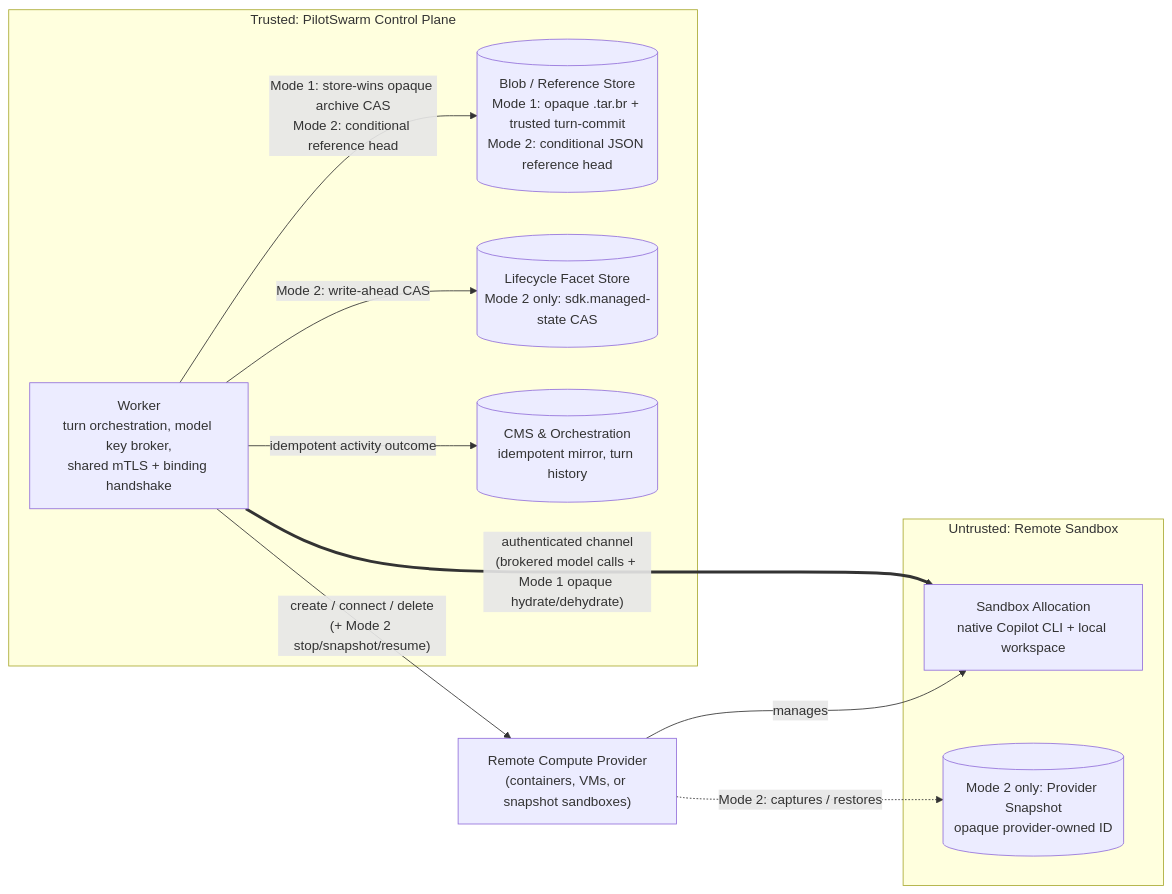
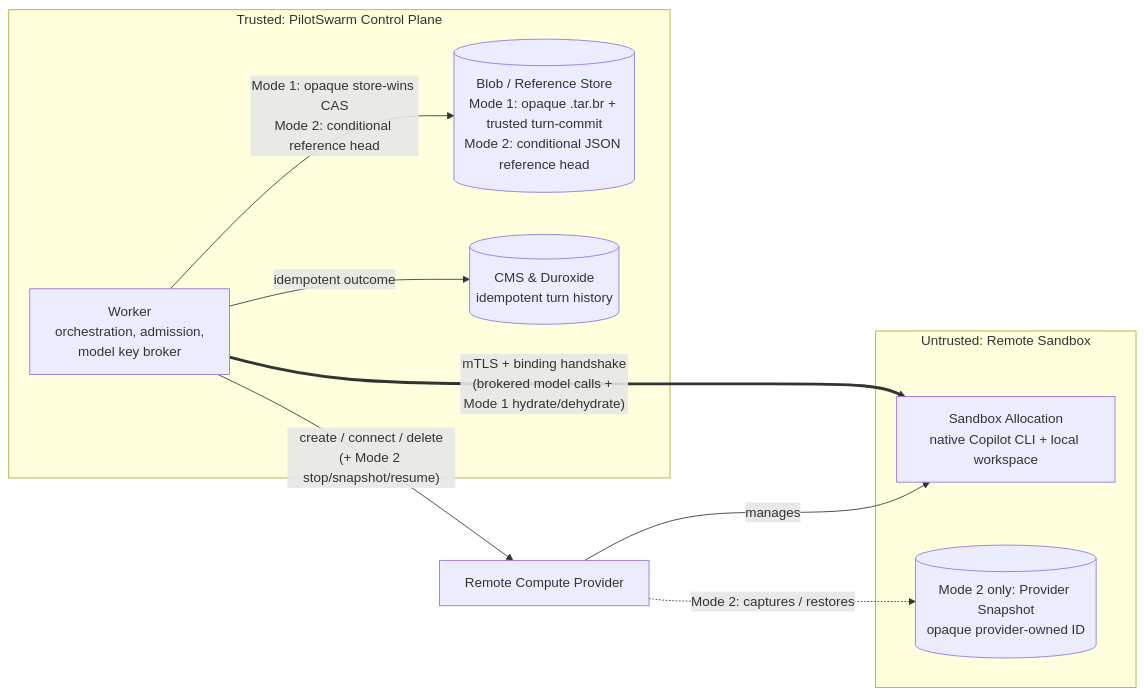
Before and after one commit to microsoft/PilotSwarm: the diagram in docs/proposals/snapshot-owned-managed-state.md, drawn with Mermaid. The commit also changed other lines of this file, not shown here.

Commit message:
docs(proposals): rewrite remote-compute state modes proposal in concise brief style (rev 3)

````diff
--- a/docs/proposals/snapshot-owned-managed-state.md
+++ b/docs/proposals/snapshot-owned-managed-state.md
@@ -42,22 +29,22 @@
 ```mermaid
 flowchart LR
-  subgraph T["Trusted: PilotSwarm Control Plane"]
-    BS[("Blob / Reference Store<br/>Mode 1: opaque .tar.br + trusted turn-commit<br/>Mode 2: conditional JSON reference head")]
-    LS[("Lifecycle Facet Store<br/>Mode 2 only: sdk.managed-state CAS")]
-    CMS[("CMS & Orchestration<br/>idempotent mirror, turn history")]
-    W["Worker<br/>turn orchestration, model key broker,<br/>shared mTLS + binding handshake"]
+  subgraph Trusted["Trusted: PilotSwarm Control Plane"]
+    W["Worker<br/>orchestration, admission,<br/>model key broker"]
+    S[("Blob / Reference Store<br/>Mode 1: opaque .tar.br + trusted turn-commit<br/>Mode 2: conditional JSON reference head")]
+    CMS[("CMS & Duroxide<br/>idempotent turn history")]
   end
-  P["Remote Compute Provider<br/>(containers, VMs, or snapshot sandboxes)"]
-  subgraph U["Untrusted: Remote Sandbox"]
-    S["Sandbox Allocation<br/>native Copilot CLI + local workspace"]
+
+  P["Remote Compute Provider"]
+
+  subgraph Untrusted["Untrusted: Remote Sandbox"]
+    G["Sandbox Allocation<br/>native Copilot CLI + local workspace"]
     SNAP[("Mode 2 only: Provider Snapshot<br/>opaque provider-owned ID")]
   end
 
-  W -- "Mode 1: store-wins opaque archive CAS<br/>Mode 2: conditional reference head" --> BS
-  W -- "Mode 2: write-ahead CAS" --> LS
-  W -- "idempotent activity outcome" --> CMS
+  W -- "Mode 1: opaque store-wins CAS<br/>Mode 2: conditional reference head" --> S
+  W -- "idempotent outcome" --> CMS
   W -- "create / connect / delete<br/>(+ Mode 2 stop/snapshot/resume)" --> P
-  P -- "manages" --> S
+  P -- "manages" --> G
   P -. "Mode 2: captures / restores" .-> SNAP
-  W == "authenticated channel<br/>(brokered model calls + Mode 1 opaque hydrate/dehydrate)" ==> S
+  W == "mTLS + binding handshake<br/>(brokered model calls + Mode 1 hydrate/dehydrate)" ==> G
 ```
````
